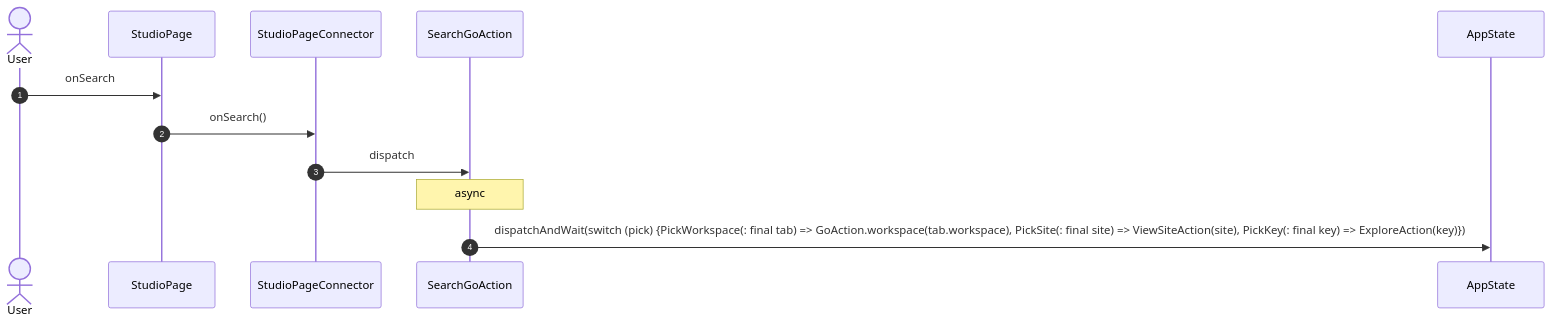
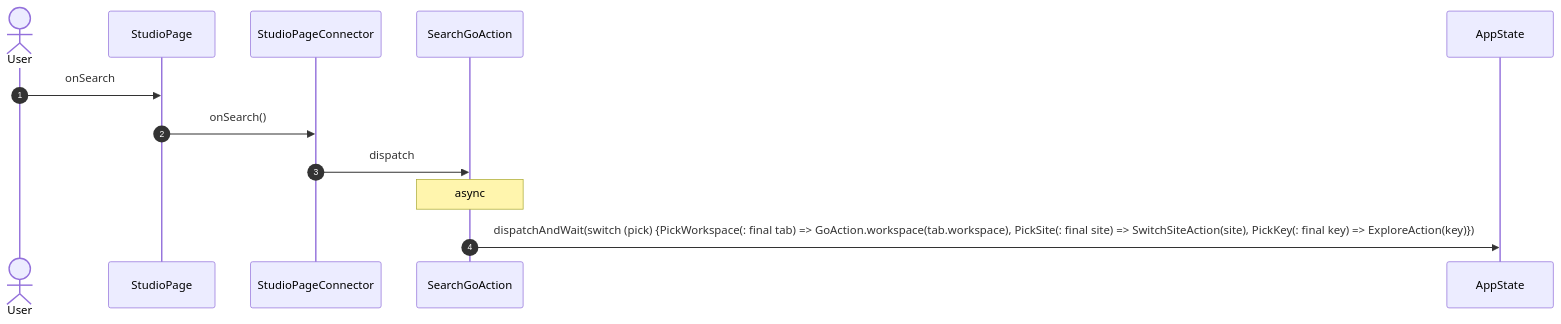
Before and after one commit to gencto/wyrm: the third of 18 diagrams in studio/docs/flows/studio.md, drawn with Mermaid. The commit also changed other lines of this file and 52 other files, not shown here.

````diff
--- a/studio/docs/flows/studio.md
+++ b/studio/docs/flows/studio.md
@@ -47,15 +43,15 @@
 ```mermaid
 sequenceDiagram
     autonumber
     actor User
     participant UI as StudioPage
     participant VM as StudioPageConnector
     participant A1 as SearchGoAction
     participant ST as AppState
 
     User->>UI: onSearch
     UI->>VM: onSearch()
     VM->>A1: dispatch
     Note over A1: async
-    A1->>ST: dispatchAndWait(switch (pick) {PickWorkspace(: final tab) => GoAction.workspace(tab.workspace), PickSite(: final site) => ViewSiteAction(site), PickKey(: final key) => ExploreAction(key)})
+    A1->>ST: dispatchAndWait(switch (pick) {PickWorkspace(: final tab) => GoAction.workspace(tab.workspace), PickSite(: final site) => SwitchSiteAction(site), PickKey(: final key) => ExploreAction(key)})
 ```
````
